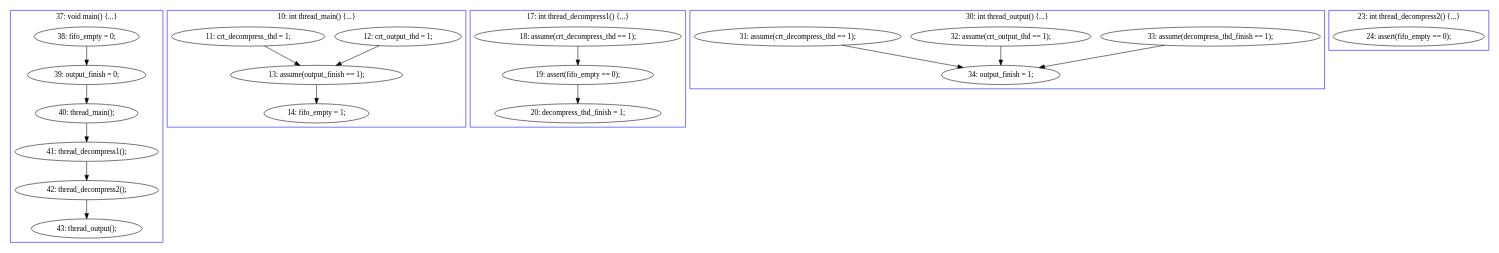
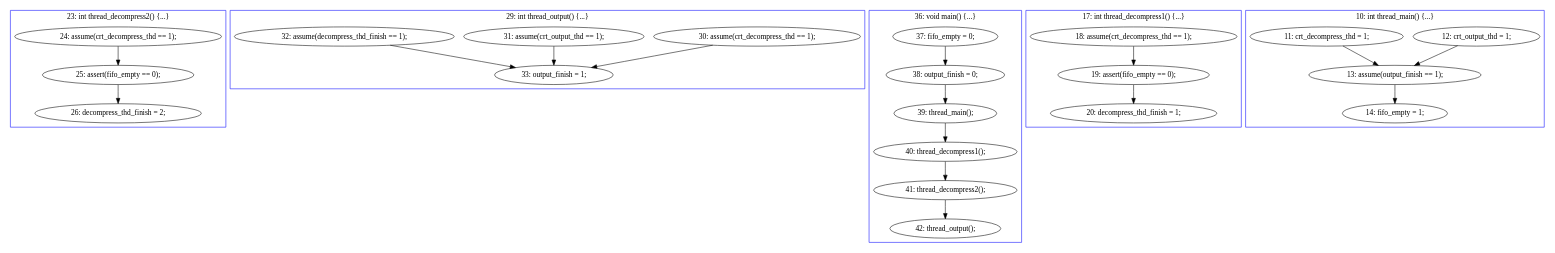
One commit to hylhp/cav14-model changed the diagram in pbzip2.mixed/B-1-po.dot. Above: the diagram before and after it, drawn with Graphviz. The commit also changed 23 other files, not shown here.

```diff
--- a/pbzip2.mixed/B-1-po.dot
+++ b/pbzip2.mixed/B-1-po.dot
@@ -1,54 +1,58 @@
 digraph PartialOrder {
 	compound = true
-	"38: fifo_empty = 0;" -> "39: output_finish = 0;"
-	"41: thread_decompress1();" -> "42: thread_decompress2();"
+	"24: assume(crt_decompress_thd == 1);" -> "25: assert(fifo_empty == 0);"
+	"30: assume(crt_decompress_thd == 1);" -> "33: output_finish = 1;"
+	"31: assume(crt_output_thd == 1);" -> "33: output_finish = 1;"
+	"38: output_finish = 0;" -> "39: thread_main();"
+	"41: thread_decompress2();" -> "42: thread_output();"
+	"19: assert(fifo_empty == 0);" -> "20: decompress_thd_finish = 1;"
+	"40: thread_decompress1();" -> "41: thread_decompress2();"
+	"39: thread_main();" -> "40: thread_decompress1();"
 	"12: crt_output_thd = 1;" -> "13: assume(output_finish == 1);"
+	"32: assume(decompress_thd_finish == 1);" -> "33: output_finish = 1;"
 	"13: assume(output_finish == 1);" -> "14: fifo_empty = 1;"
-	"39: output_finish = 0;" -> "40: thread_main();"
 	"11: crt_decompress_thd = 1;" -> "13: assume(output_finish == 1);"
 	"18: assume(crt_decompress_thd == 1);" -> "19: assert(fifo_empty == 0);"
-	"33: assume(decompress_thd_finish == 1);" -> "34: output_finish = 1;"
-	"32: assume(crt_output_thd == 1);" -> "34: output_finish = 1;"
-	"19: assert(fifo_empty == 0);" -> "20: decompress_thd_finish = 1;"
-	"31: assume(crt_decompress_thd == 1);" -> "34: output_finish = 1;"
-	"40: thread_main();" -> "41: thread_decompress1();"
-	"42: thread_decompress2();" -> "43: thread_output();"
-	subgraph cluster4 {
-		label = "23: int thread_decompress2() {...}"
-		color = blue
-		"24: assert(fifo_empty == 0);"  [label = "24: assert(fifo_empty == 0);"]
-	}
+	"25: assert(fifo_empty == 0);" -> "26: decompress_thd_finish = 2;"
+	"37: fifo_empty = 0;" -> "38: output_finish = 0;"
 	subgraph cluster1 {
 		label = "10: int thread_main() {...}"
 		color = blue
 		"13: assume(output_finish == 1);"  [label = "13: assume(output_finish == 1);"]
 		"11: crt_decompress_thd = 1;"  [label = "11: crt_decompress_thd = 1;"]
 		"12: crt_output_thd = 1;"  [label = "12: crt_output_thd = 1;"]
 		"14: fifo_empty = 1;"  [label = "14: fifo_empty = 1;"]
 	}
 	subgraph cluster3 {
 		label = "17: int thread_decompress1() {...}"
 		color = blue
 		"18: assume(crt_decompress_thd == 1);"  [label = "18: assume(crt_decompress_thd == 1);"]
 		"20: decompress_thd_finish = 1;"  [label = "20: decompress_thd_finish = 1;"]
 		"19: assert(fifo_empty == 0);"  [label = "19: assert(fifo_empty == 0);"]
 	}
-	subgraph cluster2 {
-		label = "37: void main() {...}"
+	subgraph cluster4 {
+		label = "23: int thread_decompress2() {...}"
 		color = blue
-		"42: thread_decompress2();"  [label = "42: thread_decompress2();"]
-		"40: thread_main();"  [label = "40: thread_main();"]
-		"41: thread_decompress1();"  [label = "41: thread_decompress1();"]
-		"43: thread_output();"  [label = "43: thread_output();"]
-		"38: fifo_empty = 0;"  [label = "38: fifo_empty = 0;"]
-		"39: output_finish = 0;"  [label = "39: output_finish = 0;"]
+		"26: decompress_thd_finish = 2;"  [label = "26: decompress_thd_finish = 2;"]
+		"24: assume(crt_decompress_thd == 1);"  [label = "24: assume(crt_decompress_thd == 1);"]
+		"25: assert(fifo_empty == 0);"  [label = "25: assert(fifo_empty == 0);"]
 	}
 	subgraph cluster5 {
-		label = "30: int thread_output() {...}"
+		label = "36: void main() {...}"
 		color = blue
-		"34: output_finish = 1;"  [label = "34: output_finish = 1;"]
-		"32: assume(crt_output_thd == 1);"  [label = "32: assume(crt_output_thd == 1);"]
-		"33: assume(decompress_thd_finish == 1);"  [label = "33: assume(decompress_thd_finish == 1);"]
-		"31: assume(crt_decompress_thd == 1);"  [label = "31: assume(crt_decompress_thd == 1);"]
+		"38: output_finish = 0;"  [label = "38: output_finish = 0;"]
+		"39: thread_main();"  [label = "39: thread_main();"]
+		"37: fifo_empty = 0;"  [label = "37: fifo_empty = 0;"]
+		"41: thread_decompress2();"  [label = "41: thread_decompress2();"]
+		"40: thread_decompress1();"  [label = "40: thread_decompress1();"]
+		"42: thread_output();"  [label = "42: thread_output();"]
+	}
+	subgraph cluster2 {
+		label = "29: int thread_output() {...}"
+		color = blue
+		"30: assume(crt_decompress_thd == 1);"  [label = "30: assume(crt_decompress_thd == 1);"]
+		"33: output_finish = 1;"  [label = "33: output_finish = 1;"]
+		"32: assume(decompress_thd_finish == 1);"  [label = "32: assume(decompress_thd_finish == 1);"]
+		"31: assume(crt_output_thd == 1);"  [label = "31: assume(crt_output_thd == 1);"]
 	}
 }
```
